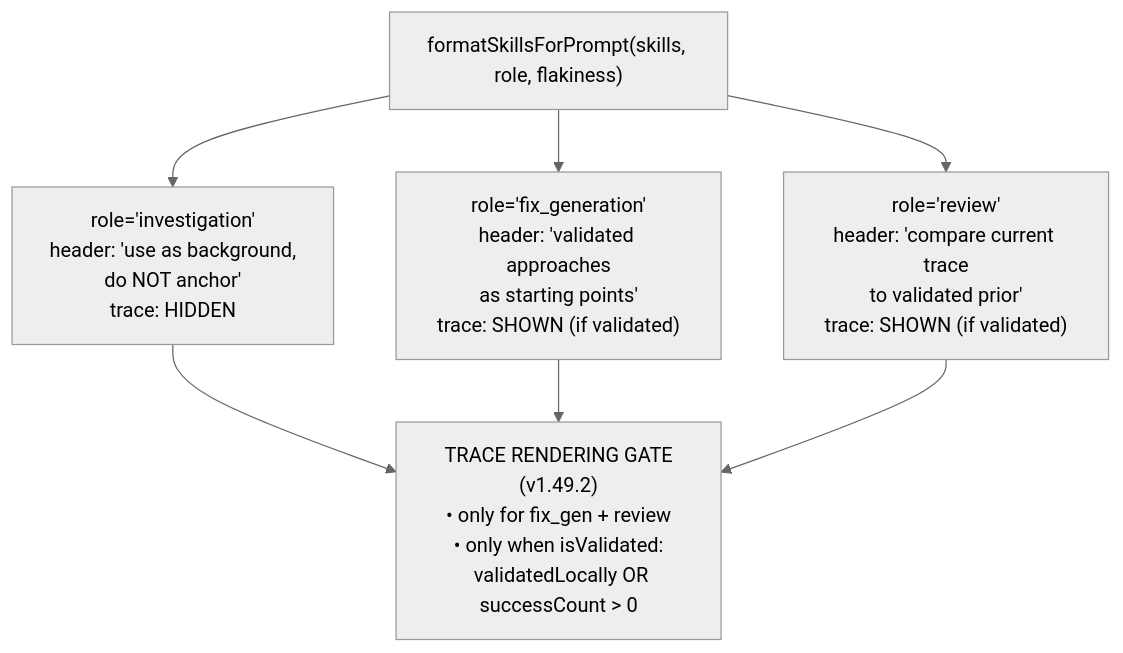
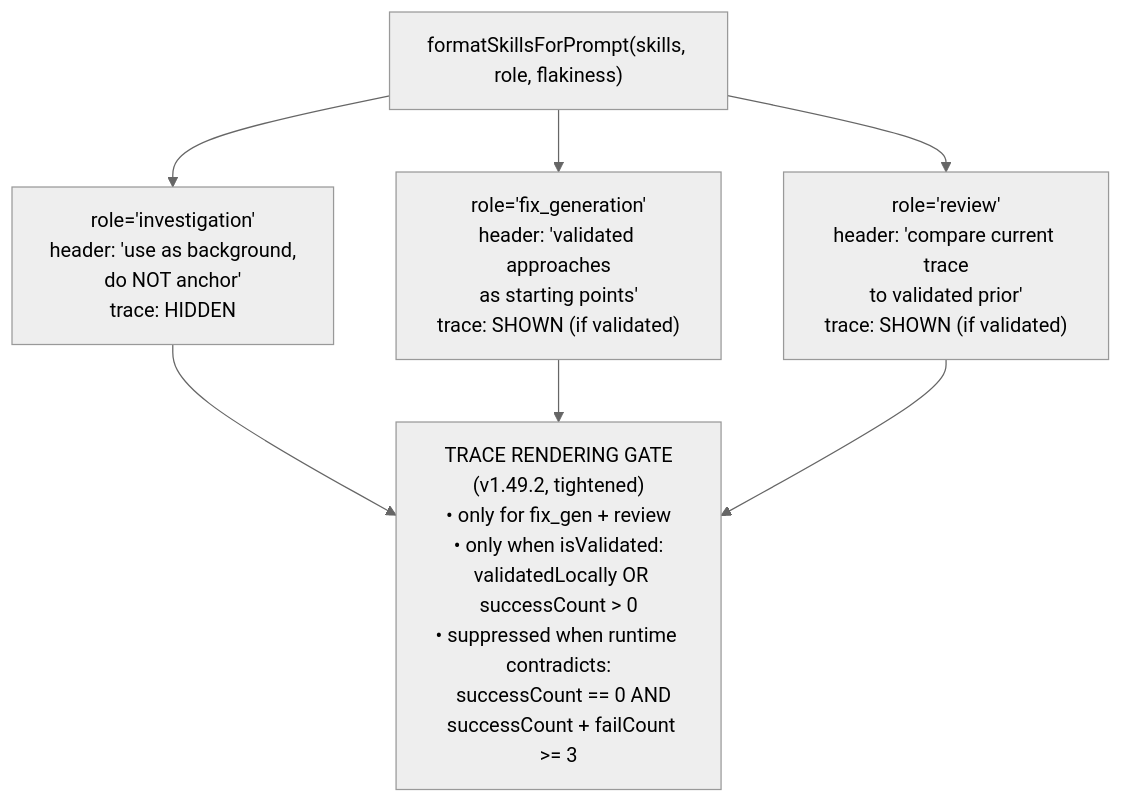
The fifth of 10 diagrams in docs/agent-workflow-flowchart.md (adept-at/adept-triage-agent), drawn with Mermaid (neutral theme) before and after one commit. The commit also changed other lines of this file and 23 other files, not shown here.

````diff
--- a/docs/agent-workflow-flowchart.md
+++ b/docs/agent-workflow-flowchart.md
@@ -177,13 +187,13 @@
 ```mermaid
 flowchart TB
     FOR_PROMPT["formatSkillsForPrompt(skills, role, flakiness)"]
     FOR_PROMPT --> INVEST_ROLE["role='investigation'<br/>header: 'use as background,<br/>do NOT anchor'<br/>trace: HIDDEN"]
     FOR_PROMPT --> FIX_ROLE["role='fix_generation'<br/>header: 'validated approaches<br/>as starting points'<br/>trace: SHOWN (if validated)"]
     FOR_PROMPT --> REV_ROLE["role='review'<br/>header: 'compare current trace<br/>to validated prior'<br/>trace: SHOWN (if validated)"]
 
     INVEST_ROLE --> GATE
     FIX_ROLE --> GATE
     REV_ROLE --> GATE
 
-    GATE["TRACE RENDERING GATE<br/>(v1.49.2)<br/>• only for fix_gen + review<br/>• only when isValidated:<br/>  validatedLocally OR successCount > 0"]
+    GATE["TRACE RENDERING GATE<br/>(v1.49.2, tightened)<br/>• only for fix_gen + review<br/>• only when isValidated:<br/>  validatedLocally OR successCount > 0<br/>• suppressed when runtime contradicts:<br/>  successCount == 0 AND<br/>  successCount + failCount >= 3"]
 ```
````
